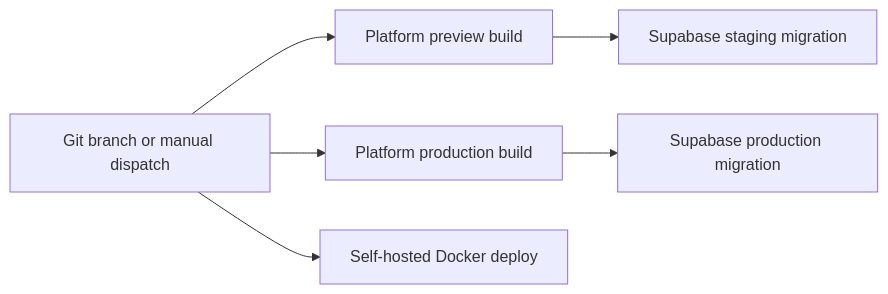
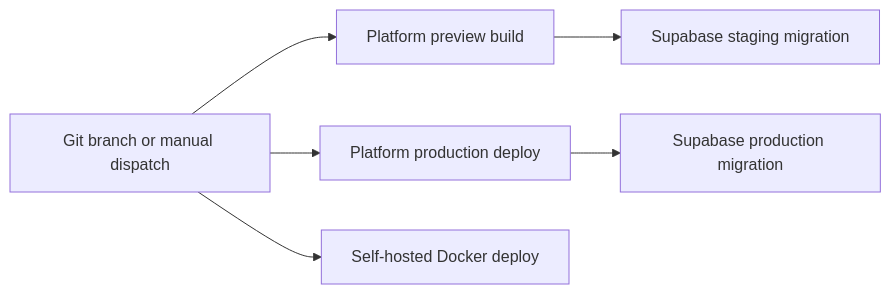
The diagram in apps/docs/build/devops/overview.mdx (mad-code333/tuturu), drawn with Mermaid before and after one commit. The commit also changed other lines of this file and 7 other files, not shown here.

Commit message:
fix(ci): deploy platform before production migrations

````diff
--- a/apps/docs/build/devops/overview.mdx
+++ b/apps/docs/build/devops/overview.mdx
@@ -45,15 +45,15 @@
 ```mermaid
 flowchart LR
     Branch["Git branch or manual dispatch"]
     Preview["Platform preview build"]
     Staging["Supabase staging migration"]
-    Production["Platform production build"]
+    Production["Platform production deploy"]
     ProdDb["Supabase production migration"]
     Docker["Self-hosted Docker deploy"]
 
     Branch --> Preview
     Preview --> Staging
     Branch --> Production
     Production --> ProdDb
     Branch --> Docker
 ```
````
